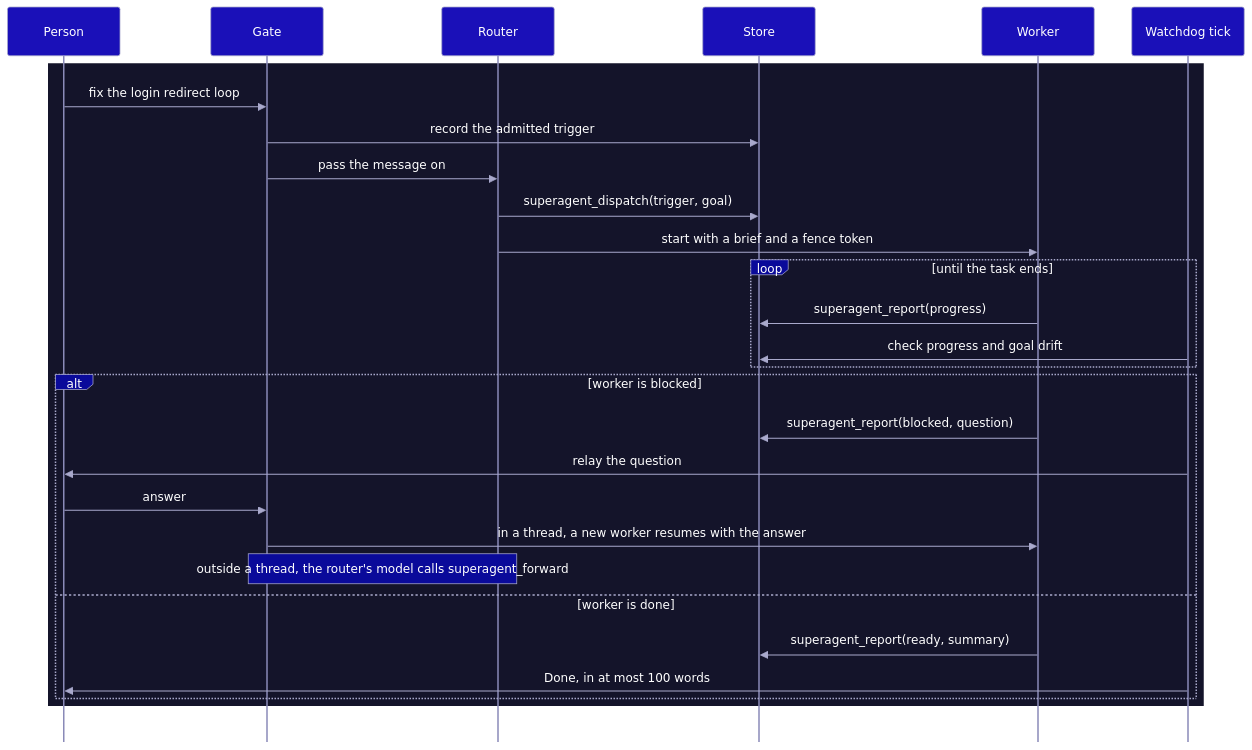
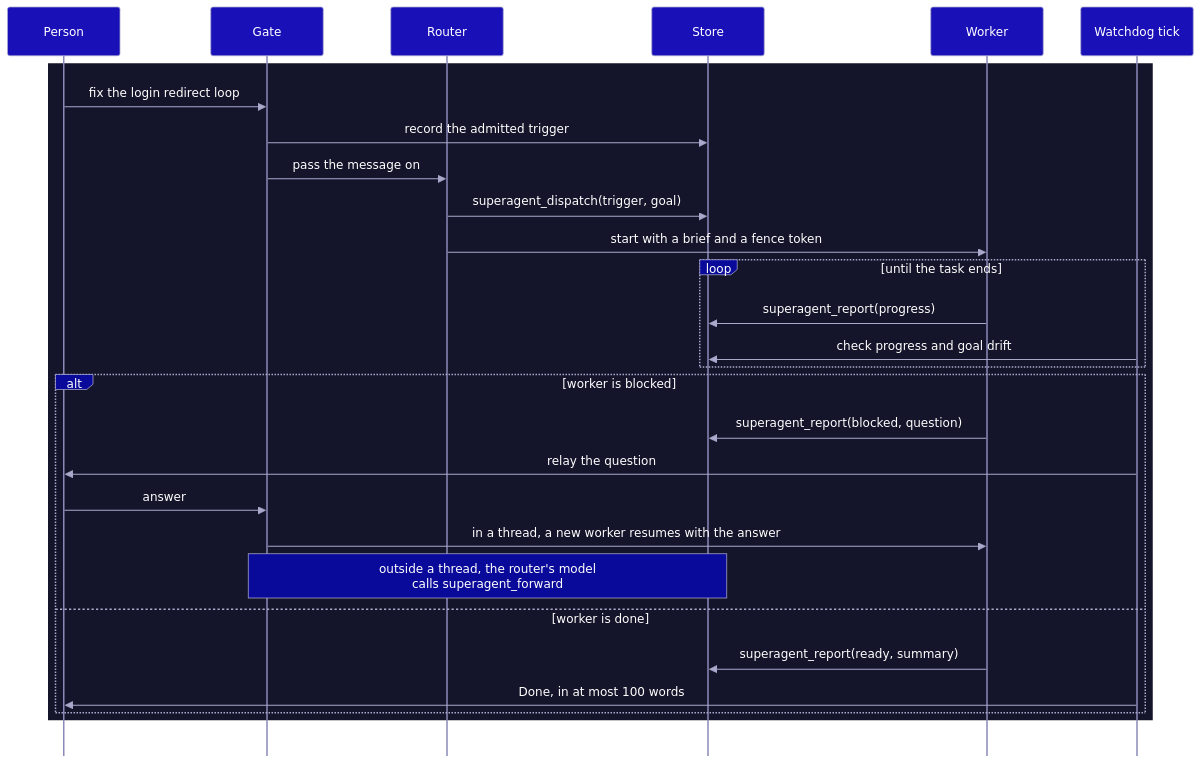
The second of 3 diagrams in README.md (AirKyzzZ/hermes-superagent), drawn with Mermaid before and after one commit. The commit also changed other lines of this file, not shown here.

Commit message:
docs: keep diagram labels clear of github controls

````diff
--- a/README.md
+++ b/README.md
@@ -89,34 +93,34 @@
 ```mermaid
 %%{init: {"theme":"base","sequence":{"mirrorActors":false,"diagramMarginY":48},"themeVariables":{"primaryColor":"#1a10b8","primaryTextColor":"#ffffff","primaryBorderColor":"#a9a9cc","lineColor":"#8a8ab8","textColor":"#ffffff","actorBkg":"#1a10b8","actorBorder":"#a9a9cc","actorTextColor":"#ffffff","actorLineColor":"#8a8ab8","signalColor":"#a9a9cc","signalTextColor":"#ffffff","labelBoxBkgColor":"#0a0a9a","labelBoxBorderColor":"#a9a9cc","labelTextColor":"#ffffff","loopTextColor":"#ffffff","noteBkgColor":"#0a0a9a","noteBorderColor":"#a9a9cc","noteTextColor":"#ffffff"}}}%%
 sequenceDiagram
     participant person as Person
     participant gate as Gate
     participant router as Router
     participant store as Store
     participant worker as Worker
     participant tick as Watchdog tick
 
     rect rgb(20, 20, 42)
         person->>gate: fix the login redirect loop
         gate->>store: record the admitted trigger
         gate->>router: pass the message on
         router->>store: superagent_dispatch(trigger, goal)
         router->>worker: start with a brief and a fence token
 
         loop until the task ends
             worker->>store: superagent_report(progress)
             tick->>store: check progress and goal drift
         end
 
         alt worker is blocked
             worker->>store: superagent_report(blocked, question)
             tick->>person: relay the question
             person->>gate: answer
             gate->>worker: in a thread, a new worker resumes with the answer
-            Note over gate,router: outside a thread, the router's model calls superagent_forward
+            Note over gate,store: outside a thread, the router's model<br/>calls superagent_forward
         else worker is done
             worker->>store: superagent_report(ready, summary)
             tick->>person: Done, in at most 100 words
         end
     end
 ```
````
